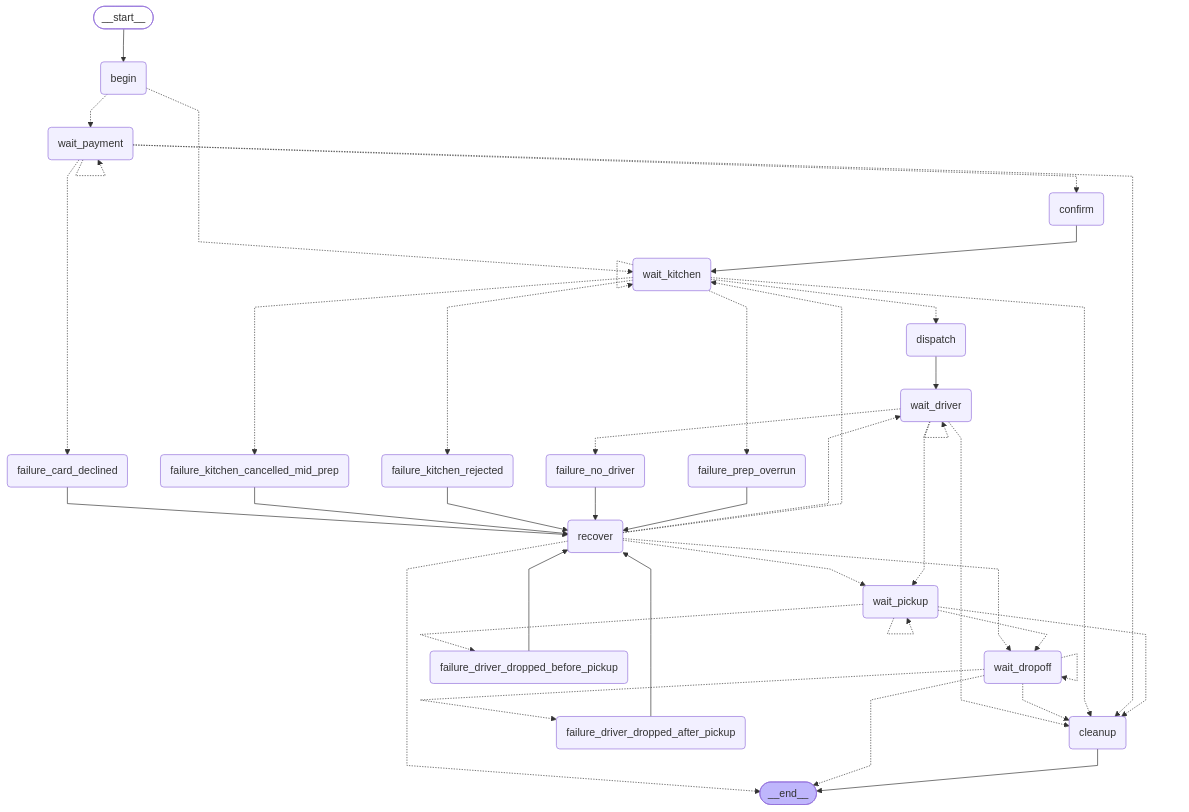
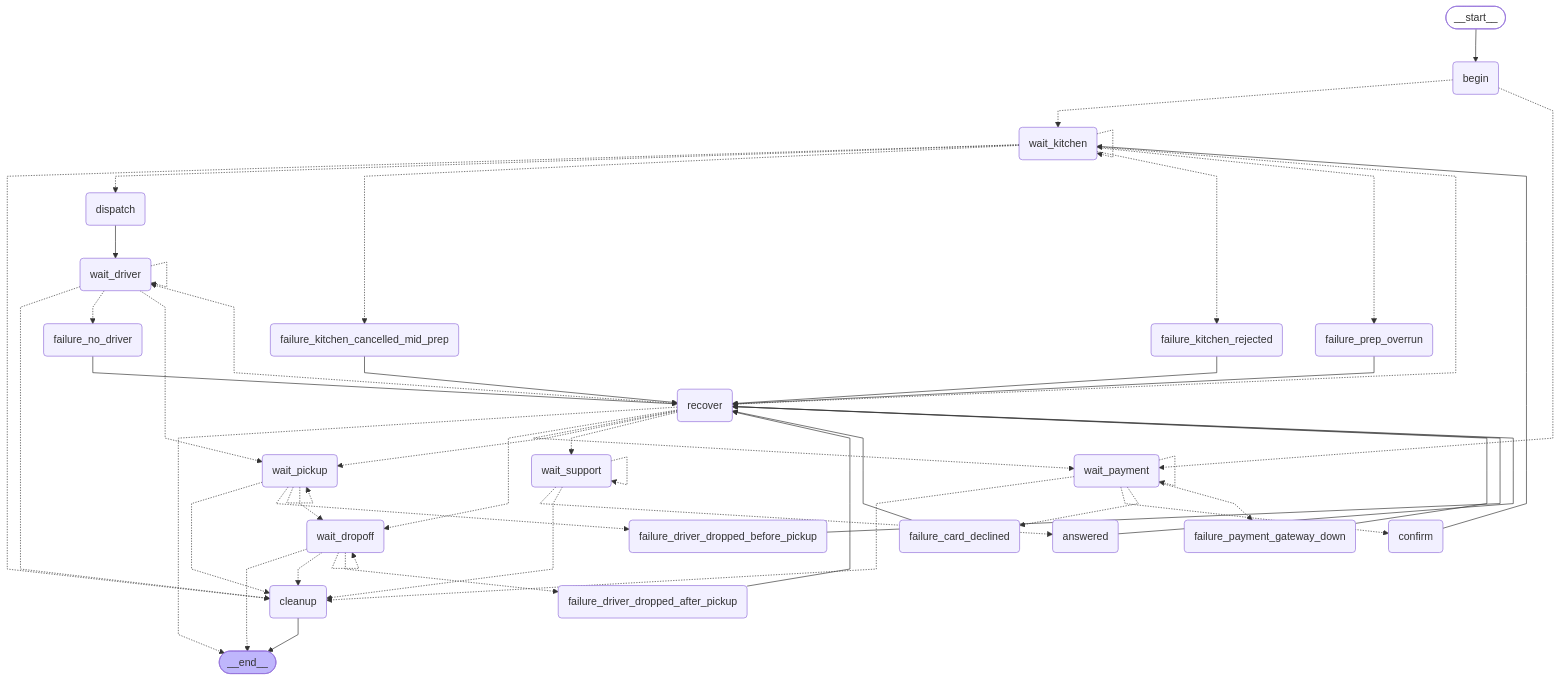
The diagram in foood/langgraph_engine.mmd (LangGOAP/foood), drawn with Mermaid before and after one commit. The commit also changed 17 other files, not shown here.

```diff
--- a/foood/langgraph_engine.mmd
+++ b/foood/langgraph_engine.mmd
@@ -1,68 +1,79 @@
 ---
 config:
   flowchart:
     curve: linear
 ---
 graph TD;
 	__start__([<p>__start__</p>]):::first
 	begin(begin)
 	confirm(confirm)
 	dispatch(dispatch)
 	recover(recover)
 	cleanup(cleanup)
+	answered(answered)
 	wait_payment(wait_payment)
 	wait_kitchen(wait_kitchen)
 	wait_driver(wait_driver)
 	wait_pickup(wait_pickup)
 	wait_dropoff(wait_dropoff)
+	wait_support(wait_support)
 	failure_card_declined(failure_card_declined)
+	failure_payment_gateway_down(failure_payment_gateway_down)
 	failure_kitchen_rejected(failure_kitchen_rejected)
 	failure_kitchen_cancelled_mid_prep(failure_kitchen_cancelled_mid_prep)
 	failure_prep_overrun(failure_prep_overrun)
 	failure_no_driver(failure_no_driver)
 	failure_driver_dropped_before_pickup(failure_driver_dropped_before_pickup)
 	failure_driver_dropped_after_pickup(failure_driver_dropped_after_pickup)
 	__end__([<p>__end__</p>]):::last
 	__start__ --> begin;
+	answered --> recover;
 	begin -.-> wait_kitchen;
 	begin -.-> wait_payment;
 	confirm --> wait_kitchen;
 	dispatch --> wait_driver;
 	failure_card_declined --> recover;
 	failure_driver_dropped_after_pickup --> recover;
 	failure_driver_dropped_before_pickup --> recover;
 	failure_kitchen_cancelled_mid_prep --> recover;
 	failure_kitchen_rejected --> recover;
 	failure_no_driver --> recover;
+	failure_payment_gateway_down --> recover;
 	failure_prep_overrun --> recover;
 	recover -.-> __end__;
 	recover -.-> wait_driver;
 	recover -.-> wait_dropoff;
 	recover -.-> wait_kitchen;
+	recover -.-> wait_payment;
 	recover -.-> wait_pickup;
+	recover -.-> wait_support;
 	wait_driver -.-> cleanup;
 	wait_driver -.-> failure_no_driver;
 	wait_driver -.-> wait_pickup;
 	wait_dropoff -.-> __end__;
 	wait_dropoff -.-> cleanup;
 	wait_dropoff -.-> failure_driver_dropped_after_pickup;
 	wait_kitchen -.-> cleanup;
 	wait_kitchen -.-> dispatch;
 	wait_kitchen -.-> failure_kitchen_cancelled_mid_prep;
 	wait_kitchen -.-> failure_kitchen_rejected;
 	wait_kitchen -.-> failure_prep_overrun;
 	wait_payment -.-> cleanup;
 	wait_payment -.-> confirm;
 	wait_payment -.-> failure_card_declined;
+	wait_payment -.-> failure_payment_gateway_down;
 	wait_pickup -.-> cleanup;
 	wait_pickup -.-> failure_driver_dropped_before_pickup;
 	wait_pickup -.-> wait_dropoff;
+	wait_support -.-> answered;
+	wait_support -.-> cleanup;
 	cleanup --> __end__;
 	wait_driver -.-> wait_driver;
 	wait_dropoff -.-> wait_dropoff;
 	wait_kitchen -.-> wait_kitchen;
 	wait_payment -.-> wait_payment;
 	wait_pickup -.-> wait_pickup;
+	wait_support -.-> wait_support;
 	classDef default fill:#f2f0ff,line-height:1.2
 	classDef first fill-opacity:0
 	classDef last fill:#bfb6fc
```
